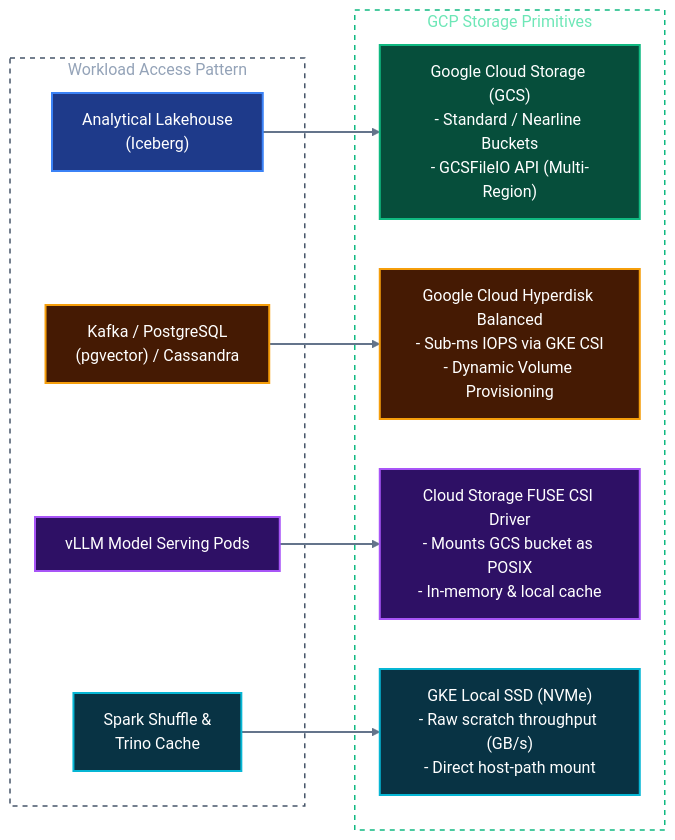
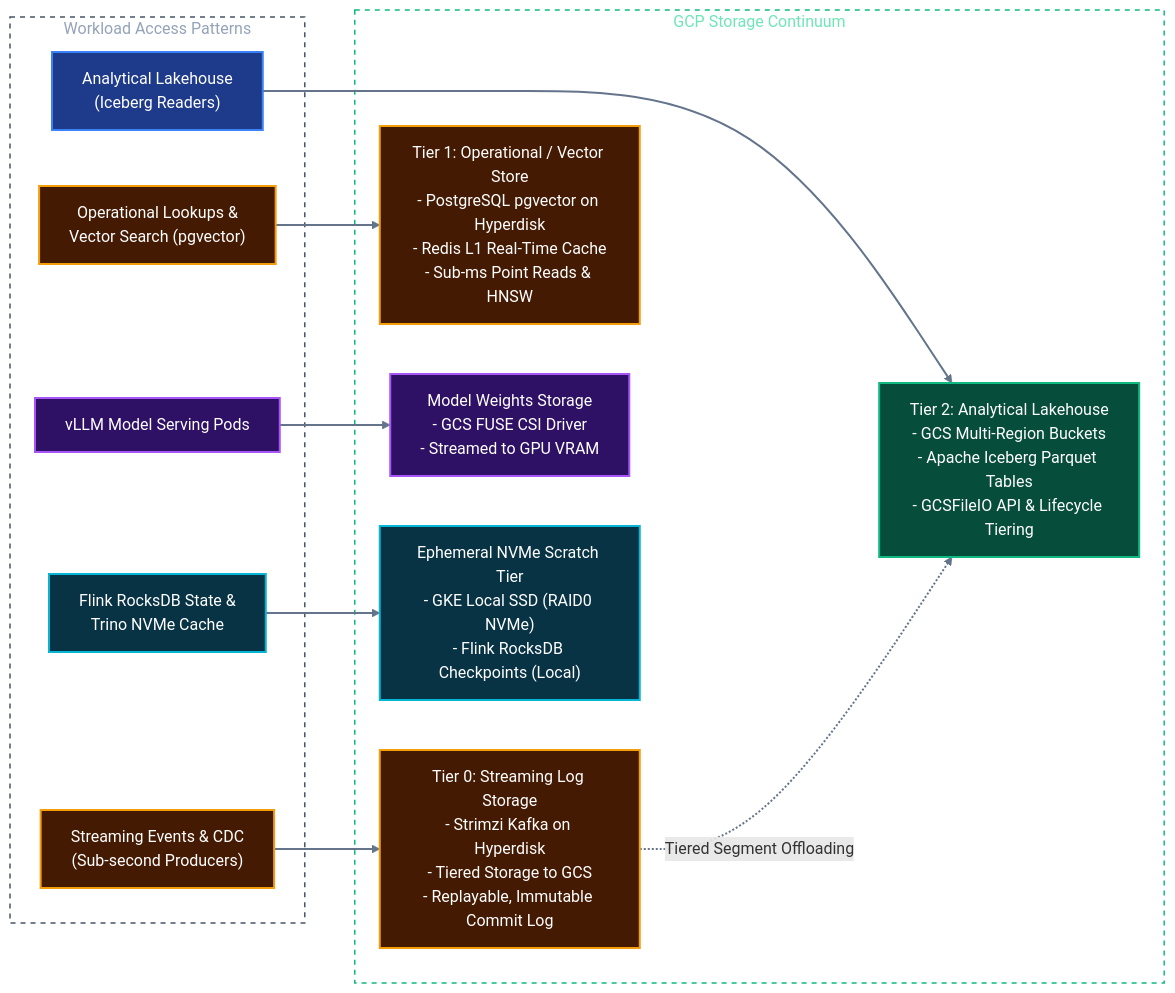
The second of 3 diagrams in docs/architectures/01_infrastructure_and_storage.md (toanbui626391/data_platform_gcp), drawn with Mermaid before and after one commit. The commit also changed other lines of this file and 6 other files, not shown here.

````diff
--- a/docs/architectures/01_infrastructure_and_storage.md
+++ b/docs/architectures/01_infrastructure_and_storage.md
@@ -135,37 +136,41 @@
 ```mermaid
 flowchart LR
-    subgraph WorkloadAccess["Workload Access Pattern"]
-        Analytics["Analytical Lakehouse\n(Iceberg)"]:::primary
-        StatefulDBs["Kafka / PostgreSQL\n(pgvector) / Cassandra"]:::warning
+    subgraph WorkloadAccess["Workload Access Patterns"]
+        StreamLogs["Streaming Events & CDC\n(Sub-second Producers)"]:::warning
+        OperationalDBs["Operational Lookups &\nVector Search (pgvector)"]:::warning
+        Analytics["Analytical Lakehouse\n(Iceberg Readers)"]:::primary
         ModelServing["vLLM Model Serving Pods"]:::purple
-        ShuffleCache["Spark Shuffle &\nTrino Cache"]:::cyan
+        Scratch["Flink RocksDB State &\nTrino NVMe Cache"]:::cyan
     end
 
-    subgraph GCPStoragePrimitives["GCP Storage Primitives"]
-        GCS["Google Cloud Storage (GCS)\n- Standard / Nearline Buckets\n- GCSFileIO API (Multi-Region)"]:::success
-        Hyperdisk["Google Cloud Hyperdisk Balanced\n- Sub-ms IOPS via GKE CSI\n- Dynamic Volume Provisioning"]:::warning
-        GCSFuse["Cloud Storage FUSE CSI Driver\n- Mounts GCS bucket as POSIX\n- In-memory & local cache"]:::purple
-        LocalNVMe["GKE Local SSD (NVMe)\n- Raw scratch throughput (GB/s)\n- Direct host-path mount"]:::cyan
+    subgraph StorageHierarchy["GCP Storage Continuum"]
+        Tier0["Tier 0: Streaming Log Storage\n- Strimzi Kafka on Hyperdisk\n- Tiered Storage to GCS\n- Replayable, Immutable Commit Log"]:::warning
+        Tier1["Tier 1: Operational / Vector Store\n- PostgreSQL pgvector on Hyperdisk\n- Redis L1 Real-Time Cache\n- Sub-ms Point Reads & HNSW"]:::warning
+        Tier2["Tier 2: Analytical Lakehouse\n- GCS Multi-Region Buckets\n- Apache Iceberg Parquet Tables\n- GCSFileIO API & Lifecycle Tiering"]:::success
+        TierWeights["Model Weights Storage\n- GCS FUSE CSI Driver\n- Streamed to GPU VRAM"]:::purple
+        TierLocal["Ephemeral NVMe Scratch Tier\n- GKE Local SSD (RAID0 NVMe)\n- Flink RocksDB Checkpoints (Local)"]:::cyan
     end
 
-    Analytics --> GCS
-    StatefulDBs --> Hyperdisk
-    ModelServing --> GCSFuse
-    ShuffleCache --> LocalNVMe
+    StreamLogs --> Tier0
+    OperationalDBs --> Tier1
+    Analytics --> Tier2
+    ModelServing --> TierWeights
+    Scratch --> TierLocal
+    Tier0 -.->|"Tiered Segment Offloading"| Tier2
 
     %% Subgraph Styling (Transparent & Dual-Mode Friendly)
     style WorkloadAccess fill:none,stroke:#475569,stroke-width:1.5px,stroke-dasharray: 5 5,color:#94a3b8
-    style GCPStoragePrimitives fill:none,stroke:#10b981,stroke-width:1.5px,stroke-dasharray: 5 5,color:#6ee7b7
+    style StorageHierarchy fill:none,stroke:#10b981,stroke-width:1.5px,stroke-dasharray: 5 5,color:#6ee7b7
 
     %% Link Styling
     linkStyle default stroke:#64748b,stroke-width:2px;
 
     %% Universal Dual-Mode High-Contrast Palette
     classDef primary fill:#1e3a8a,stroke:#3b82f6,stroke-width:2px,color:#ffffff;
     classDef success fill:#064e3b,stroke:#10b981,stroke-width:2px,color:#ffffff;
     classDef warning fill:#451a03,stroke:#f59e0b,stroke-width:2px,color:#ffffff;
     classDef danger  fill:#4c0519,stroke:#f43f5e,stroke-width:2px,color:#ffffff;
     classDef purple  fill:#2e1065,stroke:#a855f7,stroke-width:2px,color:#ffffff;
     classDef cyan    fill:#083344,stroke:#06b6d4,stroke-width:2px,color:#ffffff;
     classDef gray    fill:#0f172a,stroke:#475569,stroke-width:1.5px,color:#e2e8f0;
 ```
````
